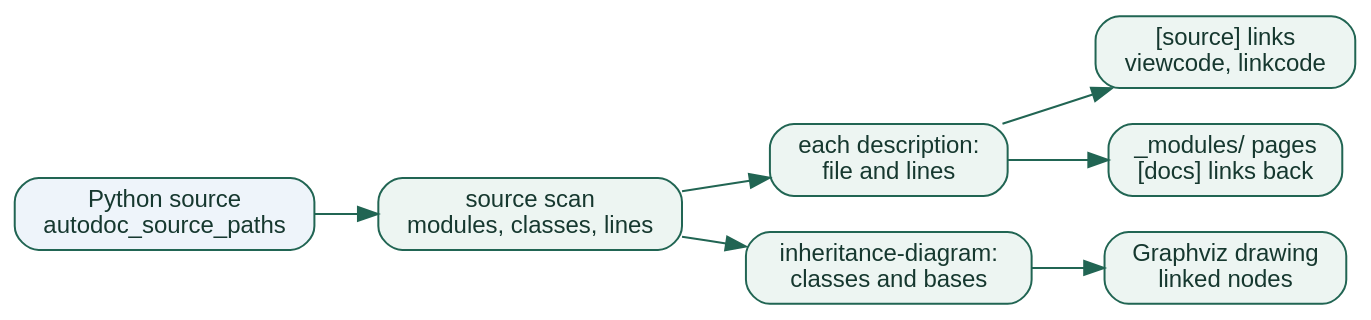
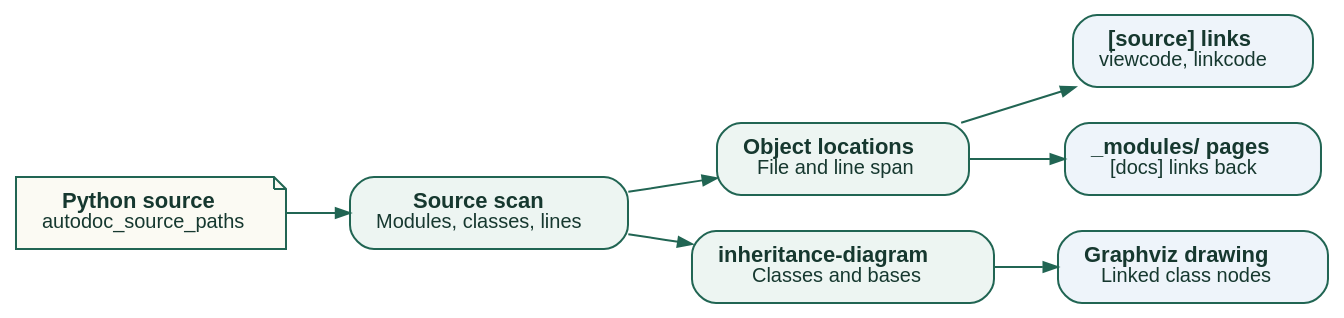
The diagram in docs/manual/sources-and-diagrams.rst (insanai/guidedog), drawn with Graphviz before and after one commit. The commit also changed 12 other files, not shown here.

Commit message:
docs: expand manual reference, guides and diagrams for static publishing

```diff
--- a/docs/manual/sources-and-diagrams.rst
+++ b/docs/manual/sources-and-diagrams.rst
@@ -19,22 +19,28 @@
 .. graphviz::
    :class: graphviz-adaptive
    :caption: Reading finds where each object is defined; writing turns that into links, pages and drawings.
    :alt: Python source is read by the source scan while documents are read. The scan gives each Python description its file and lines, and each inheritance diagram its classes. When pages are written, the lines become source links and source pages, and the classes become a Graphviz drawing whose nodes link to the descriptions.
 
    digraph sources {
-     graph [rankdir=LR, bgcolor="transparent", pad="0.3", nodesep="0.25", ranksep="0.45"];
+     graph [rankdir=LR, bgcolor="transparent", pad="0.25", nodesep="0.25", ranksep="0.45"];
      node [shape=box, style="rounded,filled", fillcolor="#edf5f2",
-           color="#216553", fontname="Helvetica", fontcolor="#16382f", fontsize=12];
-     edge [color="#216553"];
-     source [label="Python source\nautodoc_source_paths", fillcolor="#eef4fa"];
-     scan [label="source scan\nmodules, classes, lines"];
-     where [label="each description:\nfile and lines"];
-     graph_ [label="inheritance-diagram:\nclasses and bases"];
-     links [label="[source] links\nviewcode, linkcode"];
-     pages [label="_modules/ pages\n[docs] links back"];
-     drawing [label="Graphviz drawing\nlinked nodes"];
+           color="#216553", fontname="Helvetica", fontcolor="#16382f", fontsize=11, margin="0.18,0.1"];
+     edge [color="#216553", fontname="Helvetica", fontcolor="#16382f", fontsize=9.5, arrowsize=0.7];
+     source [class="gd-input", shape=note, fillcolor="#fbfaf3",
+             label=<<B>Python source</B><BR/><FONT POINT-SIZE="10">autodoc_source_paths</FONT>>];
+     scan [label=<<B>Source scan</B><BR/><FONT POINT-SIZE="10">Modules, classes, lines</FONT>>];
+     where [label=<<B>Object locations</B><BR/><FONT POINT-SIZE="10">File and line span</FONT>>];
+     graph_ [label=<<B>inheritance-diagram</B><BR/><FONT POINT-SIZE="10">Classes and bases</FONT>>];
+     links [class="gd-output", fillcolor="#eef4fa",
+            label=<<B>[source] links</B><BR/><FONT POINT-SIZE="10">viewcode, linkcode</FONT>>];
+     pages [class="gd-output", fillcolor="#eef4fa",
+            label=<<B>_modules/ pages</B><BR/><FONT POINT-SIZE="10">[docs] links back</FONT>>];
+     drawing [class="gd-output", fillcolor="#eef4fa",
+              label=<<B>Graphviz drawing</B><BR/><FONT POINT-SIZE="10">Linked class nodes</FONT>>];
      source -> scan;
-     scan -> where; scan -> graph_;
-     where -> links; where -> pages;
+     scan -> where;
+     scan -> graph_;
+     where -> links;
+     where -> pages;
      graph_ -> drawing;
    }
```
